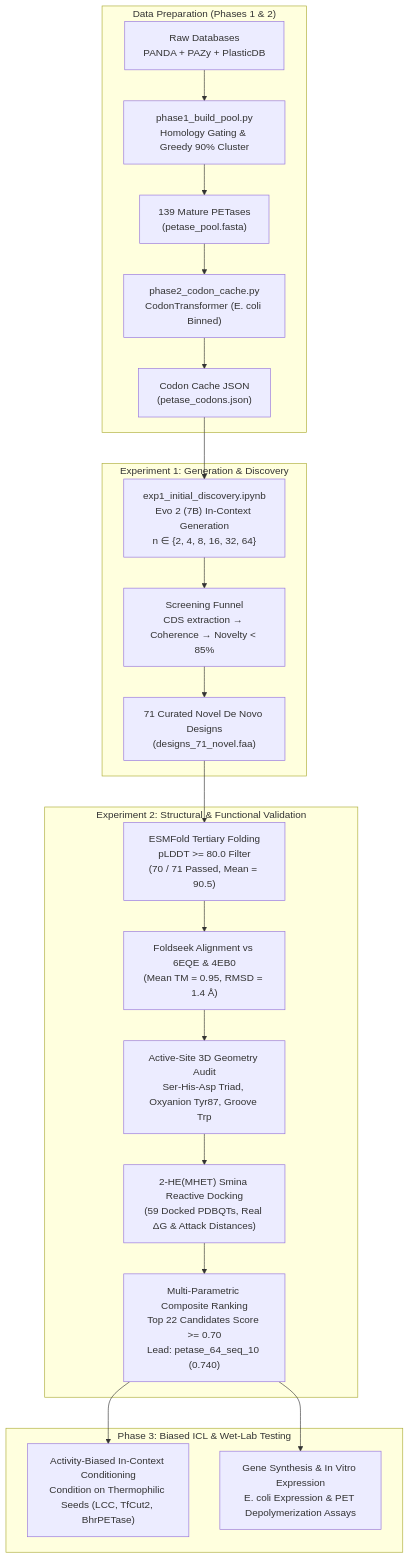
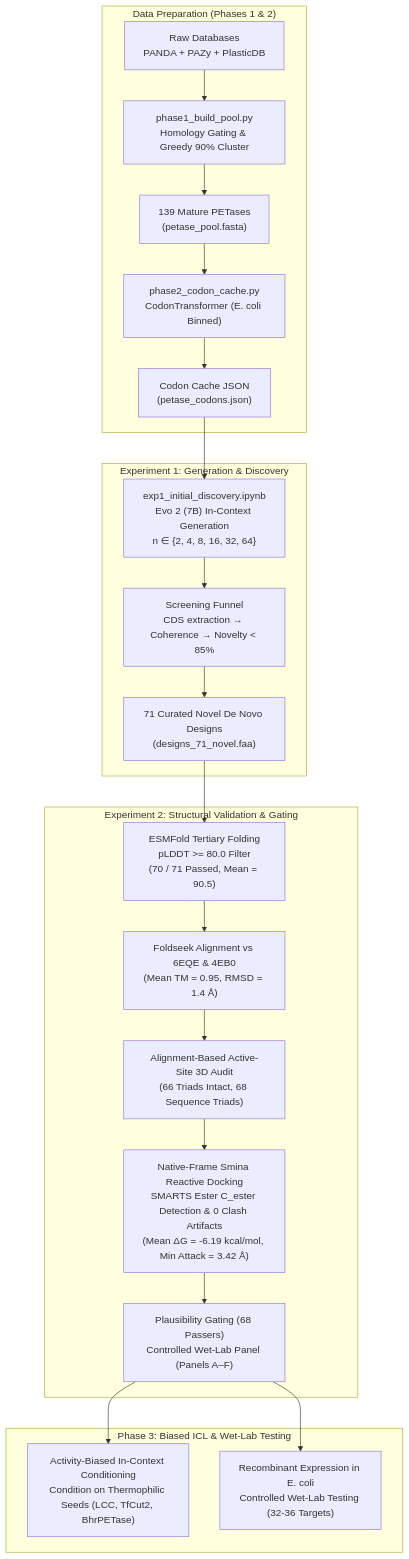
One commit to deepanshu-yadav/EVO_2_PETase changed the diagram in experiments/README.md. Above: the diagram before and after it, drawn with Mermaid. The commit also changed other lines of this file and 15 other files, not shown here.

Commit message:
New experiment results obtained with docking code corrections and readmes updated

````diff
--- a/experiments/README.md
+++ b/experiments/README.md
@@ -16,28 +16,28 @@
 ```mermaid
 flowchart TD
     subgraph DataPrep ["Data Preparation (Phases 1 & 2)"]
         D1["Raw Databases<br/>PANDA + PAZy + PlasticDB"] --> D2["phase1_build_pool.py<br/>Homology Gating & Greedy 90% Cluster"]
         D2 --> D3["139 Mature PETases<br/>(petase_pool.fasta)"]
         D3 --> D4["phase2_codon_cache.py<br/>CodonTransformer (E. coli Binned)"]
         D4 --> D5["Codon Cache JSON<br/>(petase_codons.json)"]
     end
 
     subgraph Exp1 ["Experiment 1: Generation & Discovery"]
         D5 --> E1["exp1_initial_discovery.ipynb<br/>Evo 2 (7B) In-Context Generation<br/>n ∈ {2, 4, 8, 16, 32, 64}"]
         E1 --> E2["Screening Funnel<br/>CDS extraction → Coherence → Novelty < 85%"]
         E2 --> E3["71 Curated Novel De Novo Designs<br/>(designs_71_novel.faa)"]
     end
 
-    subgraph Exp2 ["Experiment 2: Structural & Functional Validation"]
+    subgraph Exp2 ["Experiment 2: Structural Validation & Gating"]
         E3 --> V1["ESMFold Tertiary Folding<br/>pLDDT >= 80.0 Filter<br/>(70 / 71 Passed, Mean = 90.5)"]
         V1 --> V2["Foldseek Alignment vs 6EQE & 4EB0<br/>(Mean TM = 0.95, RMSD = 1.4 Å)"]
-        V2 --> V3["Active-Site 3D Geometry Audit<br/>Ser-His-Asp Triad, Oxyanion Tyr87, Groove Trp"]
-        V3 --> V4["2-HE(MHET) Smina Reactive Docking<br/>(59 Docked PDBQTs, Real ΔG & Attack Distances)"]
-        V4 --> V5["Multi-Parametric Composite Ranking<br/>Top 22 Candidates Score >= 0.70<br/>Lead: petase_64_seq_10 (0.740)"]
+        V2 --> V3["Alignment-Based Active-Site 3D Audit<br/>(66 Triads Intact, 68 Sequence Triads)"]
+        V3 --> V4["Native-Frame Smina Reactive Docking<br/>SMARTS Ester C_ester Detection & 0 Clash Artifacts<br/>(Mean ΔG = -6.19 kcal/mol, Min Attack = 3.42 Å)"]
+        V4 --> V5["Plausibility Gating (68 Passers)<br/>Controlled Wet-Lab Panel (Panels A–F)"]
     end
 
     subgraph Exp3 ["Phase 3: Biased ICL & Wet-Lab Testing"]
         V5 --> B1["Activity-Biased In-Context Conditioning<br/>Condition on Thermophilic Seeds (LCC, TfCut2, BhrPETase)"]
-        V5 --> B2["Gene Synthesis & In Vitro Expression<br/>E. coli Expression & PET Depolymerization Assays"]
+        V5 --> B2["Recombinant Expression in E. coli<br/>Controlled Wet-Lab Testing (32-36 Targets)"]
     end
 ```
````
